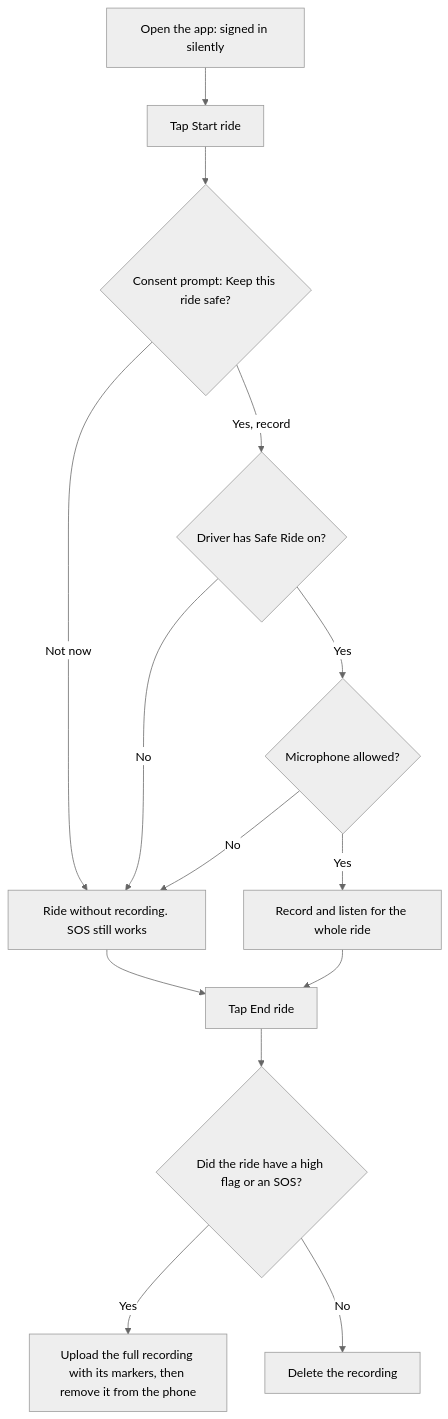
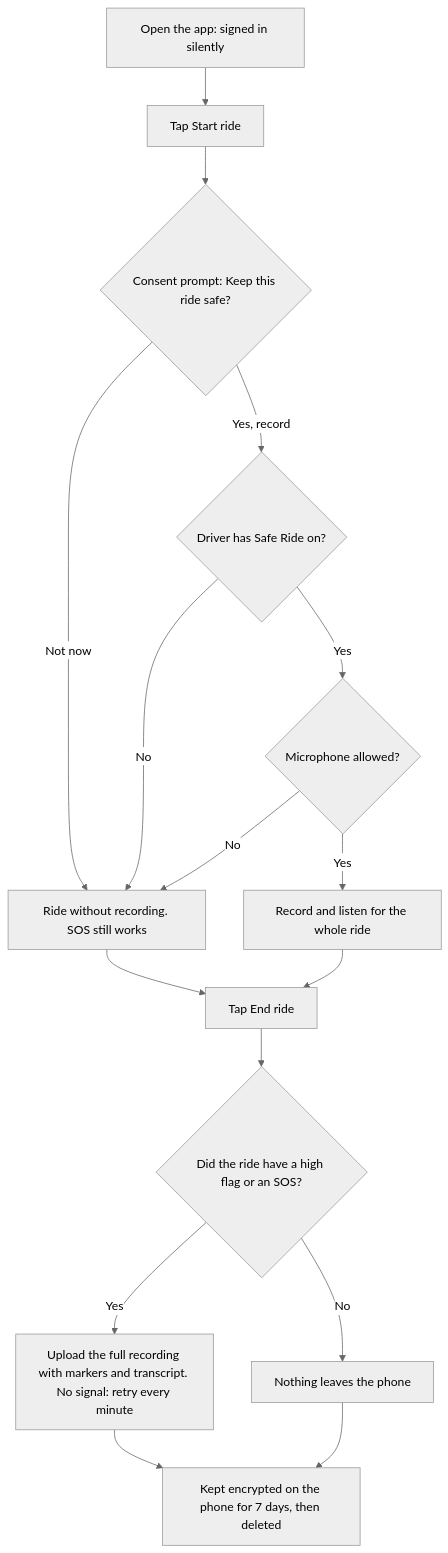
One commit to RahardiSalim/we-are-just-interns-be changed the first of 2 diagrams in mobile/README.md. Above: the diagram before and after it, drawn with Mermaid (neutral theme). The commit also changed other lines of this file and 23 other files, not shown here.

````diff
--- a/mobile/README.md
+++ b/mobile/README.md
@@ -26,16 +28,18 @@
 ```mermaid
 flowchart TD
     A[Open the app: signed in silently] --> B[Tap Start ride]
     B --> C{Consent prompt: Keep this ride safe?}
     C -- Not now --> D[Ride without recording. SOS still works]
     C -- Yes, record --> E{Driver has Safe Ride on?}
     E -- No --> D
     E -- Yes --> F{Microphone allowed?}
     F -- No --> D
     F -- Yes --> G[Record and listen for the whole ride]
     G --> H[Tap End ride]
     D --> H
     H --> I{Did the ride have a high flag or an SOS?}
-    I -- Yes --> J[Upload the full recording with its markers, then remove it from the phone]
-    I -- No --> K[Delete the recording]
+    I -- Yes --> J[Upload the full recording with markers and transcript. No signal: retry every minute]
+    I -- No --> K[Nothing leaves the phone]
+    J --> L[Kept encrypted on the phone for 7 days, then deleted]
+    K --> L
 ```
````
